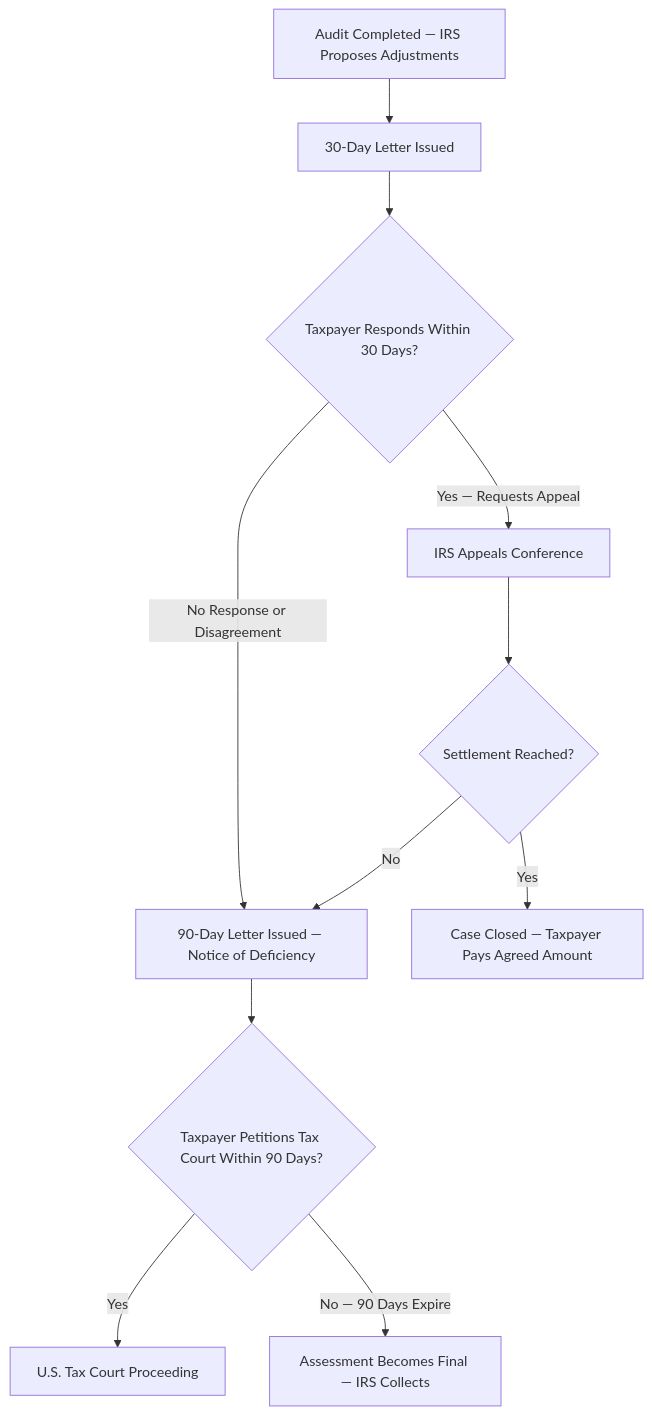
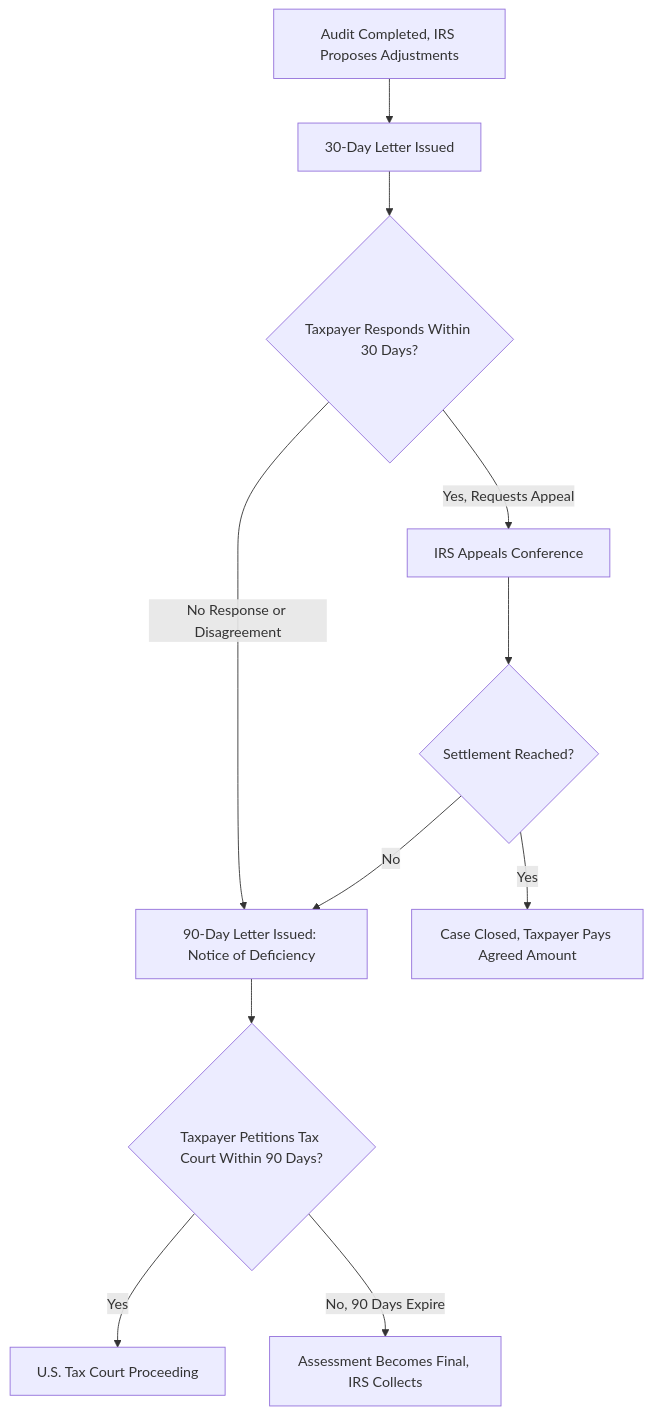
The diagram in docs/reg/ethics-and-federal-tax-procedures/federal-tax-procedures.md (subwaymatch/cpabear-book), drawn with Mermaid before and after one commit. The commit also changed other lines of this file and 222 other files, not shown here.

````diff
--- a/docs/reg/ethics-and-federal-tax-procedures/federal-tax-procedures.md
+++ b/docs/reg/ethics-and-federal-tax-procedures/federal-tax-procedures.md
@@ -192,13 +192,13 @@
 ```mermaid
 flowchart TD
-    A[Audit Completed — IRS Proposes Adjustments] --> B[30-Day Letter Issued]
+    A[Audit Completed, IRS Proposes Adjustments] --> B[30-Day Letter Issued]
     B --> C{Taxpayer Responds Within 30 Days?}
-    C -->|Yes — Requests Appeal| D[IRS Appeals Conference]
-    C -->|No Response or Disagreement| E[90-Day Letter Issued — Notice of Deficiency]
+    C -->|Yes, Requests Appeal| D[IRS Appeals Conference]
+    C -->|No Response or Disagreement| E[90-Day Letter Issued: Notice of Deficiency]
     D --> F{Settlement Reached?}
-    F -->|Yes| G[Case Closed — Taxpayer Pays Agreed Amount]
+    F -->|Yes| G[Case Closed, Taxpayer Pays Agreed Amount]
     F -->|No| E
     E --> H{Taxpayer Petitions Tax Court Within 90 Days?}
     H -->|Yes| I[U.S. Tax Court Proceeding]
-    H -->|No — 90 Days Expire| J[Assessment Becomes Final — IRS Collects]
+    H -->|No, 90 Days Expire| J[Assessment Becomes Final, IRS Collects]
 ```
````
